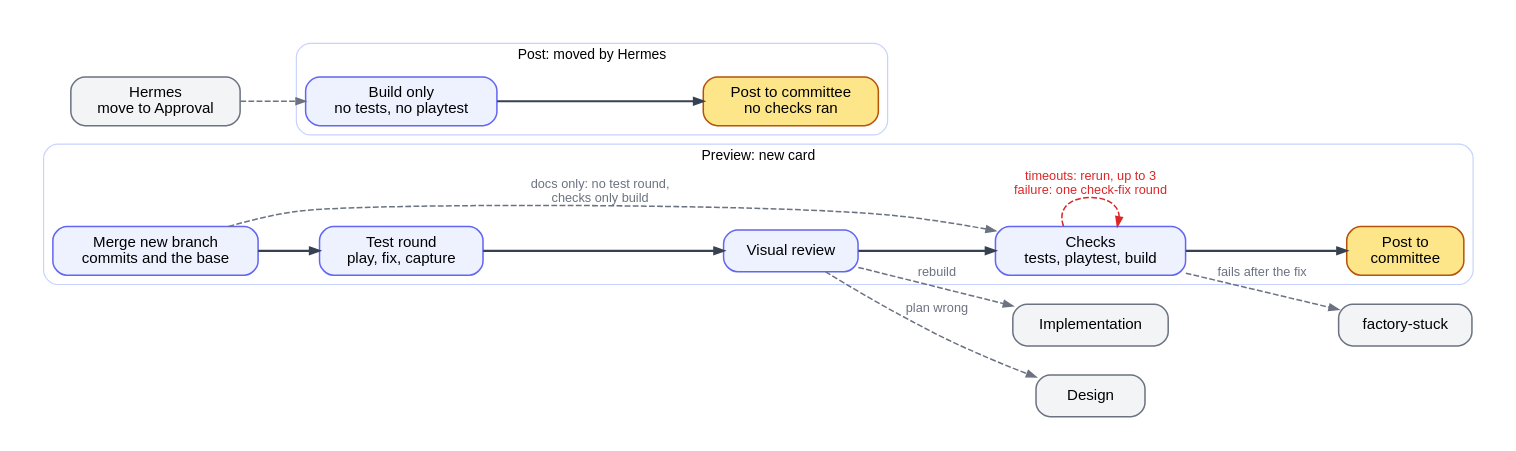
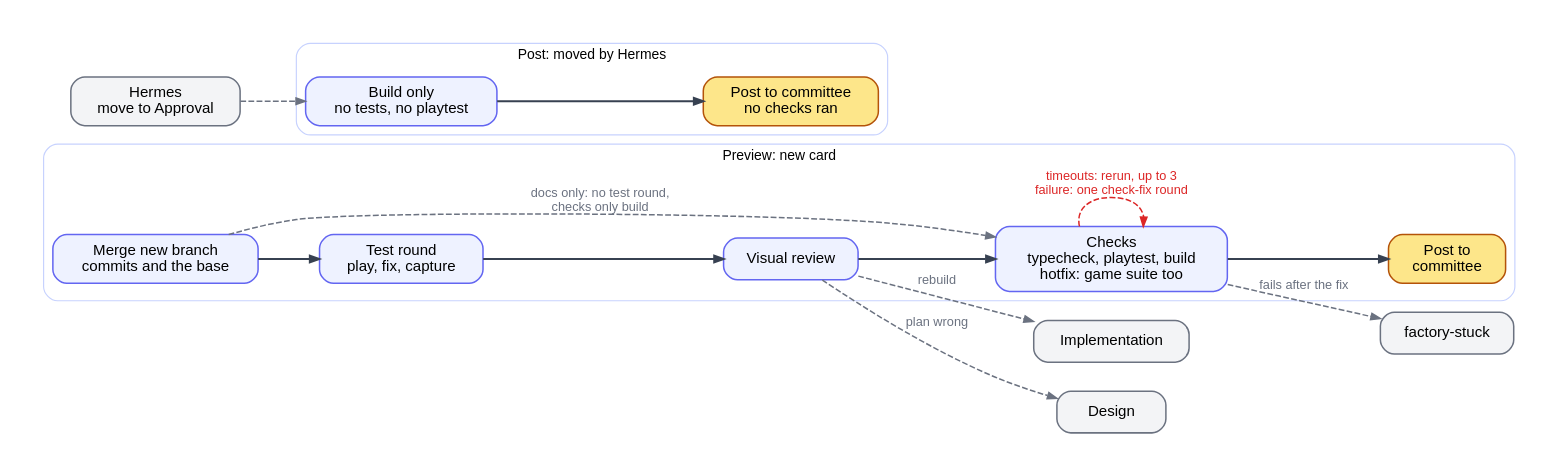
Before and after one commit to btseytlin/road-machiners: the diagram in factory/docs/diagrams/testing.dot, drawn with Graphviz. The commit also changed 11 other files, not shown here.

First line of the commit message:
Checks run the game suite only before a merge

```diff
--- a/factory/docs/diagrams/testing.dot
+++ b/factory/docs/diagrams/testing.dot
@@ -1,29 +1,29 @@
 // Testing column. Preview before the committee plays. Post runs only when Hermes moves a card to Approval. Red: loops back. Grey: leaves Testing or enters from outside.
 digraph testing {
   rankdir=LR; nodesep=0.35; ranksep=0.55; bgcolor=white; pad=0.3;
   node [shape=box, style="rounded,filled", fillcolor="#eef2ff", color="#6366f1", fontname="Helvetica", fontsize=13, margin="0.2,0.1", penwidth=1.3, width=1.3];
   edge [color="#374151", penwidth=1.8, arrowsize=0.8, fontname="Helvetica", fontsize=11];
   subgraph cluster_preview {
     label="Preview: new card"; fontname="Helvetica"; fontsize=12; color="#c7d2fe"; style=rounded;
     PM [label="Merge new branch\ncommits and the base"]; PT [label="Test round\nplay, fix, capture"]; PV [label="Visual review"];
-    PC [label="Checks\ntests, playtest, build"]; PP [label="Post to\ncommittee", fillcolor="#fde68a", color="#b45309"];
+    PC [label="Checks\ntypecheck, playtest, build\nhotfix: game suite too"]; PP [label="Post to\ncommittee", fillcolor="#fde68a", color="#b45309"];
     PM -> PT -> PV -> PC -> PP [weight=100];
   }
   subgraph cluster_post {
     label="Post: moved by Hermes"; fontname="Helvetica"; fontsize=12; color="#c7d2fe"; style=rounded;
     QB [label="Build only\nno tests, no playtest"]; QP [label="Post to committee\nno checks ran", fillcolor="#fde68a", color="#b45309"];
     QB -> QP [weight=100];
   }
   XH [label="Hermes\nmove to Approval", fillcolor="#f3f4f6", color="#6b7280"];
   XI [label="Implementation", fillcolor="#f3f4f6", color="#6b7280"];
   XD [label="Design", fillcolor="#f3f4f6", color="#6b7280"];
   XS [label="factory-stuck", fillcolor="#f3f4f6", color="#6b7280"];
   edge [color="#dc2626", fontcolor="#dc2626", style=dashed, penwidth=1.3];
   PC -> PC [label="timeouts: rerun, up to 3\nfailure: one check-fix round"];
   edge [color="#6b7280", fontcolor="#6b7280"];
   PM -> PC [label="docs only: no test round,\nchecks only build"];
   XH -> QB;
   PV -> XI [label="rebuild"];
   PV -> XD [label="plan wrong"];
   PC -> XS [label="fails after the fix"];
 }
```
